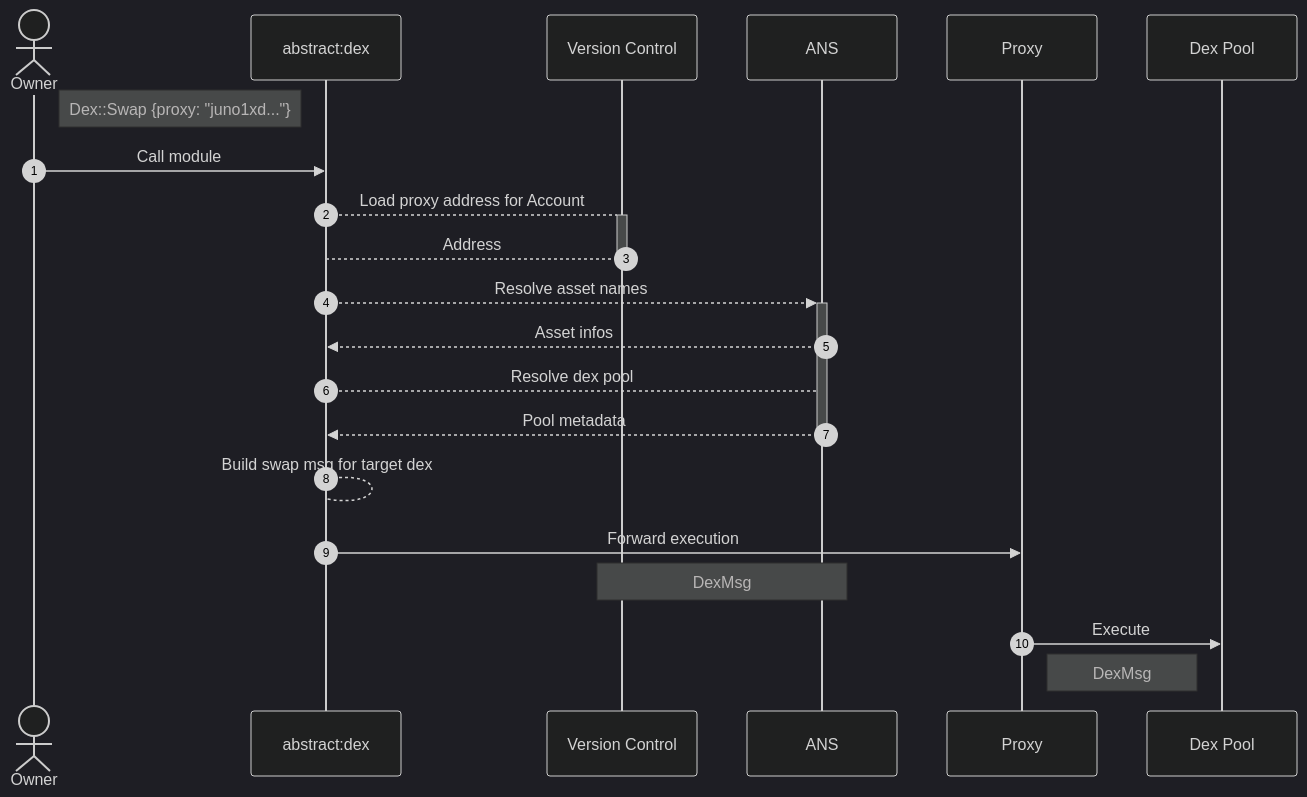
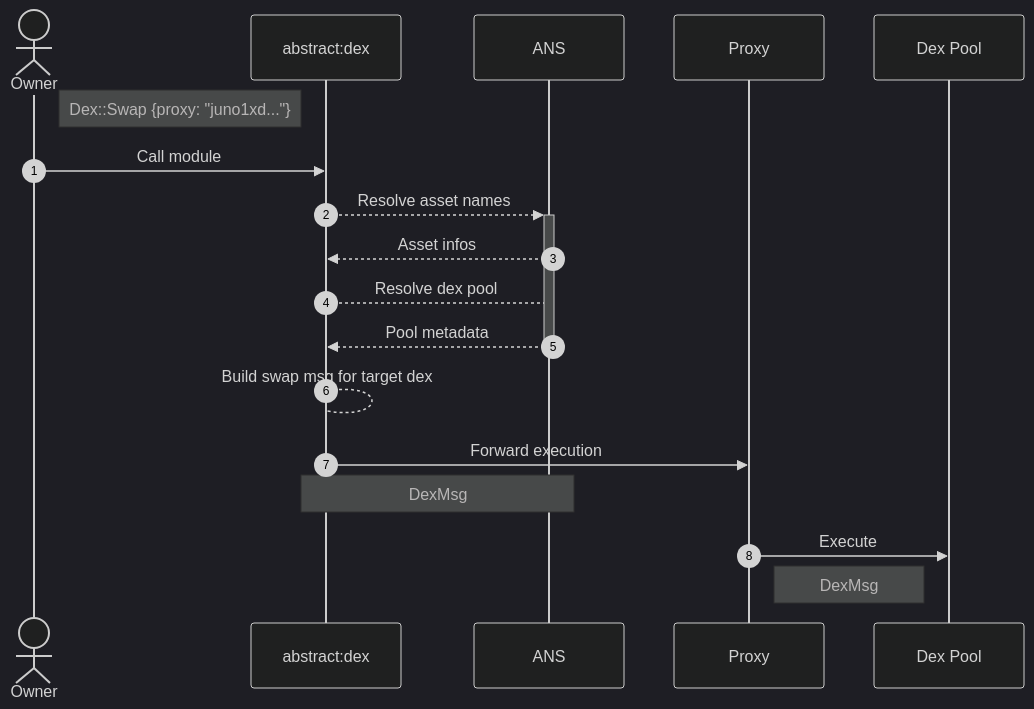
The third of 4 diagrams in framework/docs/src/5_platform/5_module_factory.md (AbstractSDK/abstract), drawn with Mermaid (dark theme) before and after one commit. The commit also changed other lines of this file, not shown here.

Commit message:
update adapter execution flow

````diff
--- a/framework/docs/src/5_platform/5_module_factory.md
+++ b/framework/docs/src/5_platform/5_module_factory.md
@@ -62,23 +62,20 @@
 ```mermaid
 sequenceDiagram
     autonumber
     actor U as Owner
     participant D as abstract:dex
-    participant VC as Version Control
     participant A as ANS
     participant P as Proxy
     participant T as Dex Pool
     Note right of U: Dex::Swap {proxy: "juno1xd..."}
     U ->> D: Call module
-    D -->+ VC: Load proxy address for Account
-    VC -->- D: Address
     D -->>+ A: Resolve asset names
     A -->> D: Asset infos
     D --> A: Resolve dex pool
     A -->>- D: Pool metadata
     D --> D: Build swap msg for target dex
     D ->> P: Forward execution
-    Note over VC, A: DexMsg
+    Note over D, A: DexMsg
     P ->> T: Execute
     Note right of P: DexMsg
 ```
````
